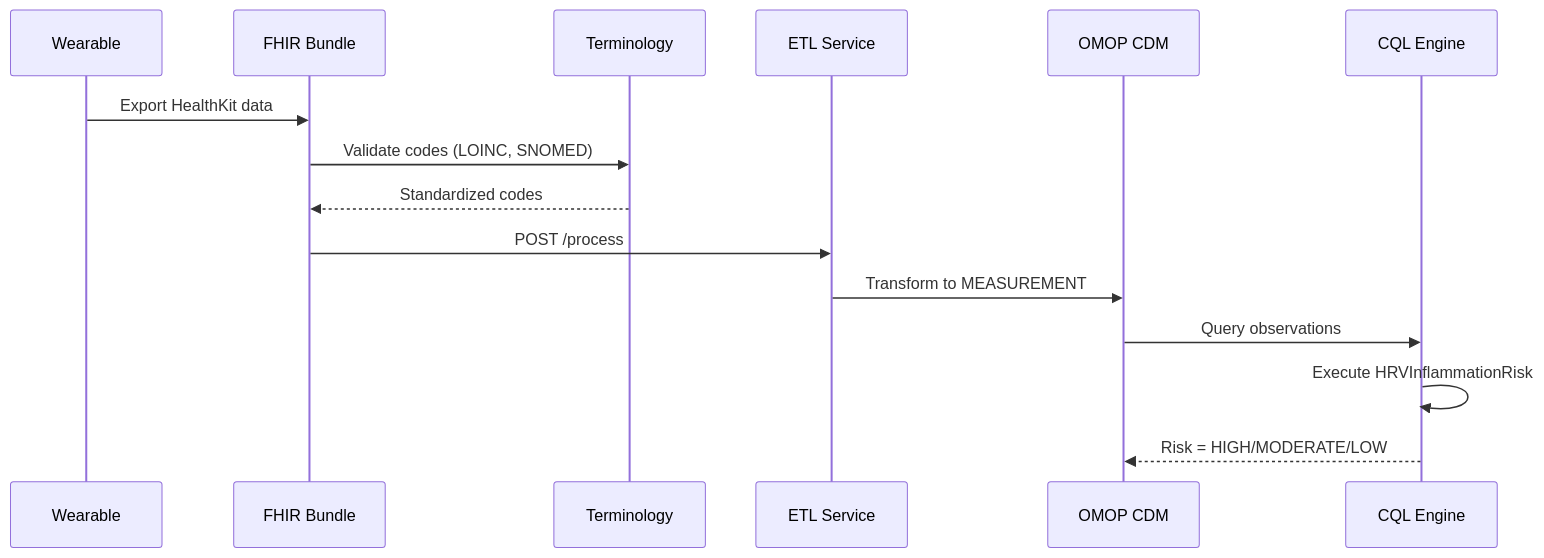
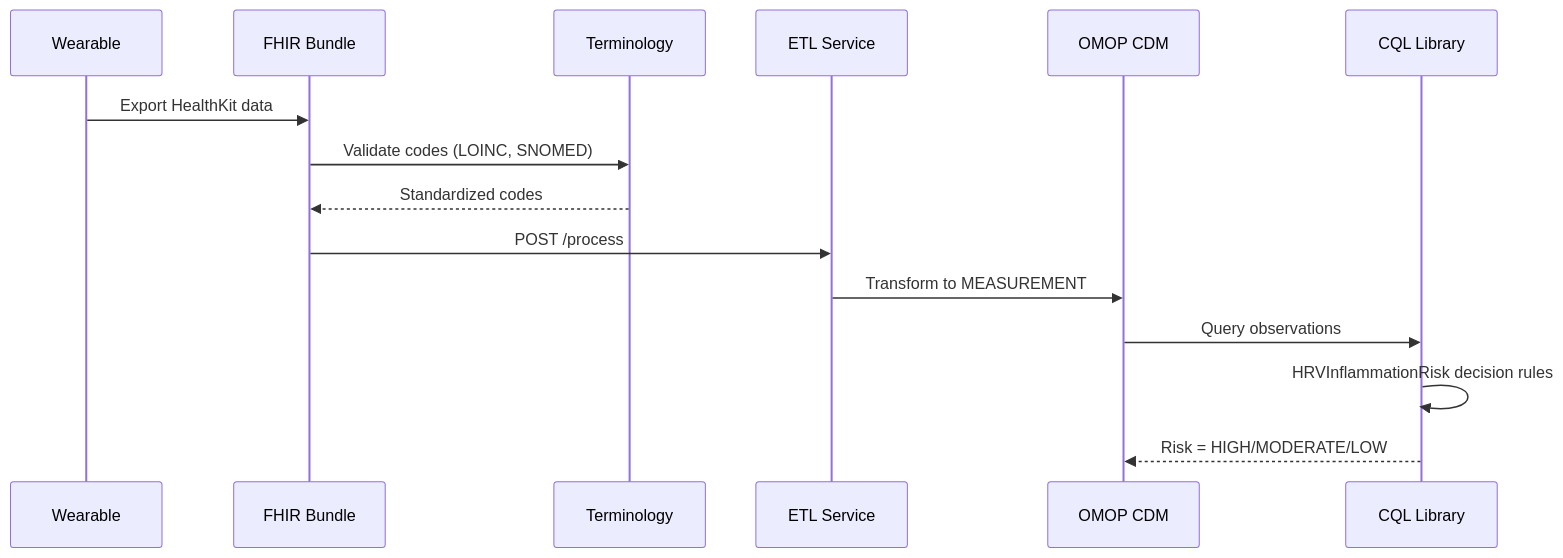
The second of 5 diagrams in README.md (RicardoLSantos/shorthand), drawn with Mermaid before and after one commit. The commit also changed other lines of this file, not shown here.

````diff
--- a/README.md
+++ b/README.md
@@ -87,18 +87,18 @@
 ```mermaid
 sequenceDiagram
     participant W as Wearable
     participant F as FHIR Bundle
     participant T as Terminology
     participant E as ETL Service
     participant O as OMOP CDM
-    participant C as CQL Engine
+    participant C as CQL Library
 
     W->>F: Export HealthKit data
     F->>T: Validate codes (LOINC, SNOMED)
     T-->>F: Standardized codes
     F->>E: POST /process
     E->>O: Transform to MEASUREMENT
     O->>C: Query observations
-    C->>C: Execute HRVInflammationRisk
+    C->>C: HRVInflammationRisk decision rules
     C-->>O: Risk = HIGH/MODERATE/LOW
 ```
````
